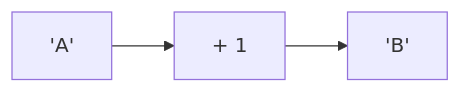
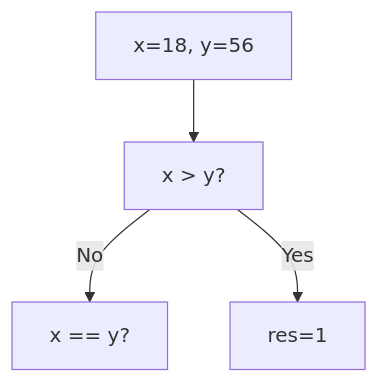
Before and after one commit to amnahwaida/OSNK_INF_PREP: diagram 13 of 25 in part-c-pemahaman-cpp/02-percabangan/latihan/set-07.md, drawn with Mermaid. The commit also changed other lines of this file and 71 other files, not shown here.

````diff
--- a/part-c-pemahaman-cpp/02-percabangan/latihan/set-07.md
+++ b/part-c-pemahaman-cpp/02-percabangan/latihan/set-07.md
@@ -338,5 +361,6 @@
 ```mermaid
-graph LR
-A["'A'"] --> B["+ 1"]
-B --> C["'B'"]
+graph TD
+A["x=18, y=56"] --> B["x > y?"]
+B -- No --> C["x == y?"]
+B -- Yes --> D[res=1]
 ```
````
